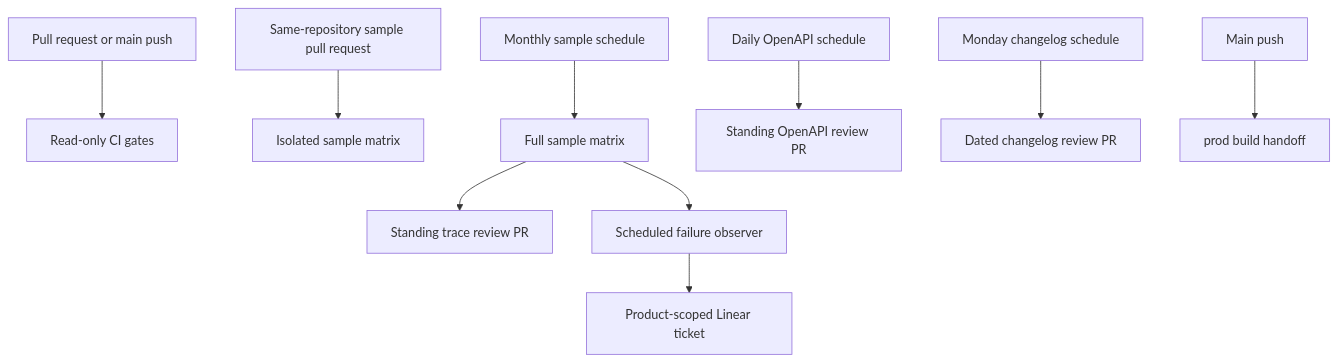
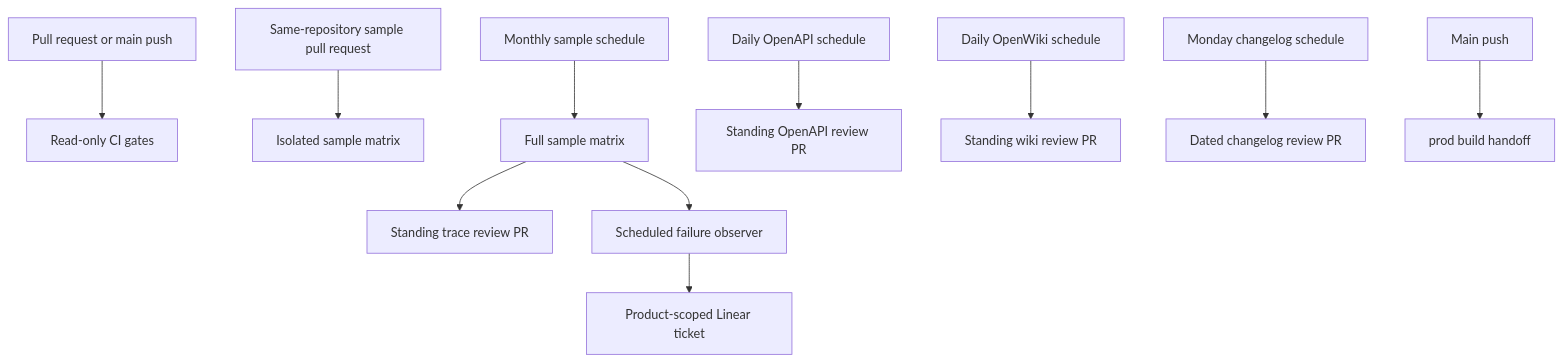
Before and after one commit to langchain-ai/docs: the first of 2 diagrams in openwiki/integrations/github-actions.md, drawn with Mermaid. The commit also changed other lines of this file and 26 other files, not shown here.

Commit message:
docs: update OpenWiki

````diff
--- a/openwiki/integrations/github-actions.md
+++ b/openwiki/integrations/github-actions.md
@@ -49,12 +57,13 @@
 ```mermaid
 flowchart TD
   Change["Pull request or main push"] --> CI["Read-only CI gates"]
   Internal["Same-repository sample pull request"] --> Samples["Isolated sample matrix"]
   Schedule["Monthly sample schedule"] --> Full["Full sample matrix"]
   Full --> Trace["Standing trace review PR"]
   Full --> Observe["Scheduled failure observer"]
   Observe --> Linear["Product-scoped Linear ticket"]
   Daily["Daily OpenAPI schedule"] --> ApiPr["Standing OpenAPI review PR"]
+  Wiki["Daily OpenWiki schedule"] --> WikiPr["Standing wiki review PR"]
   Weekly["Monday changelog schedule"] --> ChangePr["Dated changelog review PR"]
   Main["Main push"] --> Publish["prod build handoff"]
 ```
````
